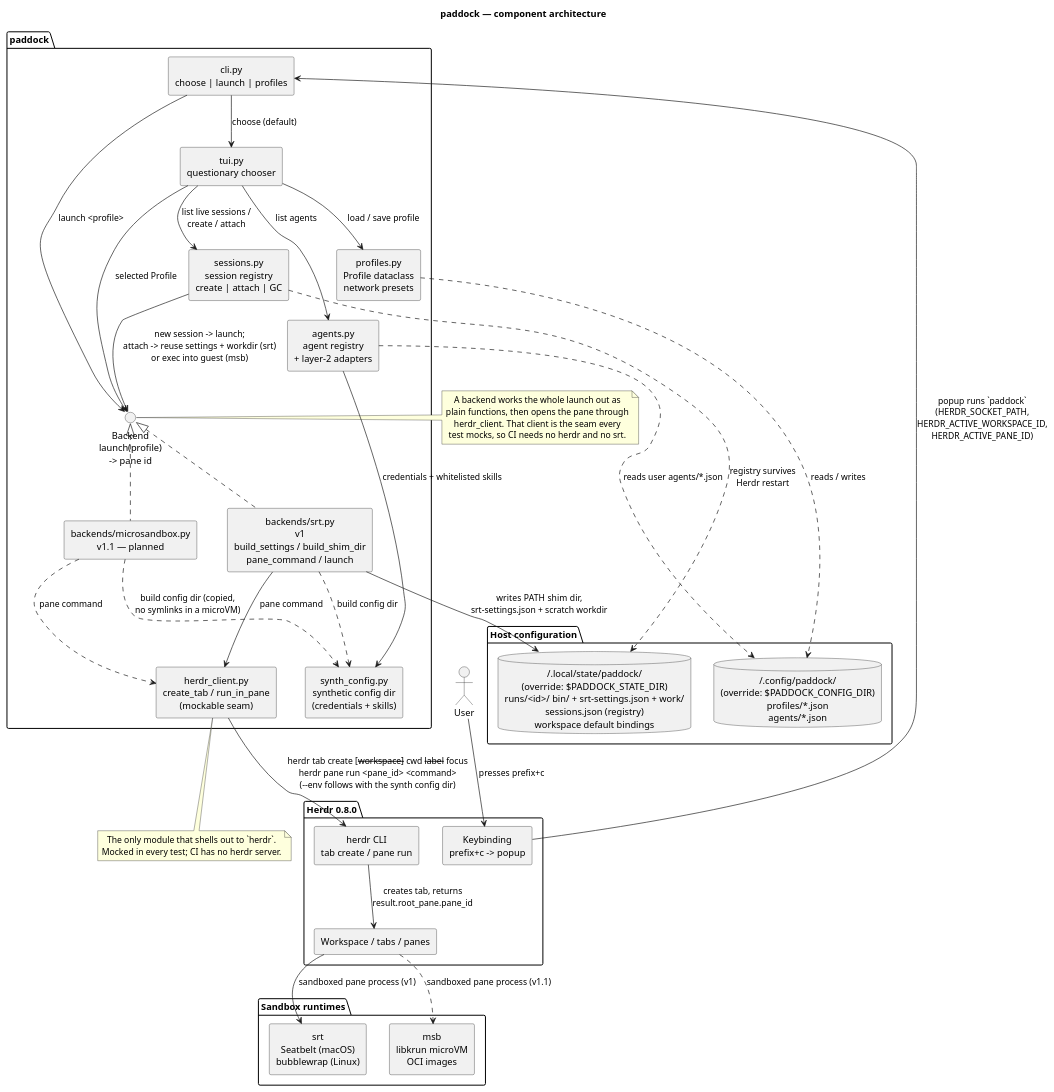
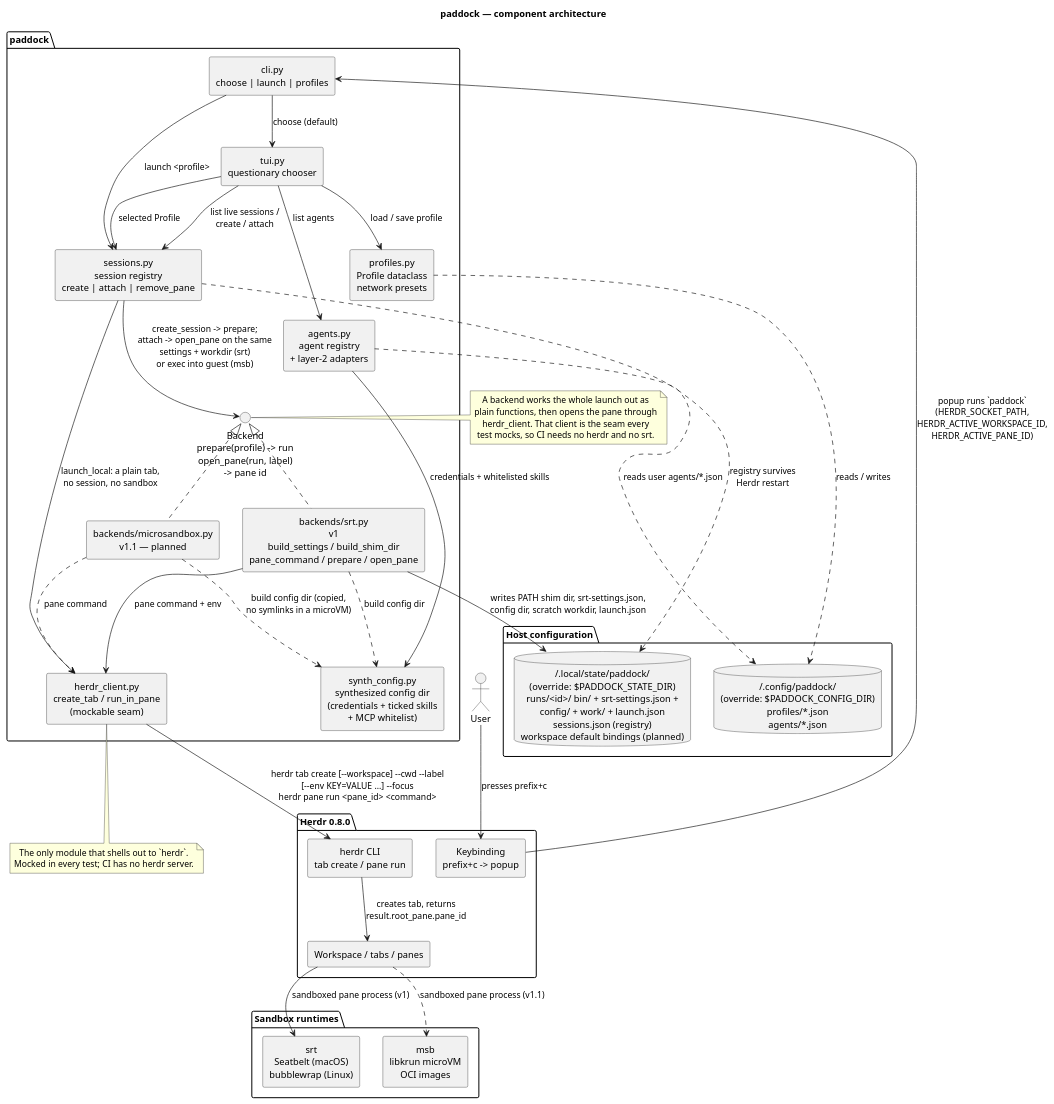
Before and after one commit to paddock-sh/paddock: the diagram in docs/diagrams/architecture.puml, drawn with PlantUML. The commit also changed 12 other files, not shown here.

First line of the commit message:
feat: sandbox sessions and the synthesized config dir

```diff
--- a/docs/diagrams/architecture.puml
+++ b/docs/diagrams/architecture.puml
@@ -1,79 +1,80 @@
 @startuml architecture
 title paddock — component architecture
 
 skinparam componentStyle rectangle
 skinparam shadowing false
 skinparam defaultTextAlignment center
 
 actor User
 
 package "Herdr 0.8.0" {
   [Keybinding\nprefix+c -> popup] as Keybinding
   [herdr CLI\ntab create / pane run] as HerdrCLI
   [Workspace / tabs / panes] as HerdrUI
 }
 
 package "paddock" {
   [cli.py\nchoose | launch | profiles] as CLI
   [tui.py\nquestionary chooser] as TUI
-  [sessions.py\nsession registry\ncreate | attach | GC] as Sessions
+  [sessions.py\nsession registry\ncreate | attach | remove_pane] as Sessions
   [profiles.py\nProfile dataclass\nnetwork presets] as Profiles
   [agents.py\nagent registry\n+ layer-2 adapters] as Agents
-  [synth_config.py\nsynthetic config dir\n(credentials + skills)] as SynthConfig
-  interface "Backend\nlaunch(profile)\n-> pane id" as BackendAPI
-  [backends/srt.py\nv1\nbuild_settings / build_shim_dir\npane_command / launch] as SrtBackend
+  [synth_config.py\nsynthesized config dir\n(credentials + ticked skills\n+ MCP whitelist)] as SynthConfig
+  interface "Backend\nprepare(profile) -> run\nopen_pane(run, label)\n-> pane id" as BackendAPI
+  [backends/srt.py\nv1\nbuild_settings / build_shim_dir\npane_command / prepare / open_pane] as SrtBackend
   [backends/microsandbox.py\nv1.1 — planned] as MsbBackend
   [herdr_client.py\ncreate_tab / run_in_pane\n(mockable seam)] as HerdrClient
 }
 
 package "Host configuration" {
   database "~/.config/paddock/\n(override: $PADDOCK_CONFIG_DIR)\nprofiles/*.json\nagents/*.json" as ConfigFiles
-  database "~/.local/state/paddock/\n(override: $PADDOCK_STATE_DIR)\nruns/<id>/ bin/ + srt-settings.json + work/\nsessions.json (registry)\nworkspace default bindings" as RunDir
+  database "~/.local/state/paddock/\n(override: $PADDOCK_STATE_DIR)\nruns/<id>/ bin/ + srt-settings.json +\nconfig/ + work/ + launch.json\nsessions.json (registry)\nworkspace default bindings (planned)" as RunDir
 }
 
 package "Sandbox runtimes" {
   [srt\nSeatbelt (macOS)\nbubblewrap (Linux)] as Srt
   [msb\nlibkrun microVM\nOCI images] as Msb
 }
 
 User --> Keybinding : presses prefix+c
 Keybinding --> CLI : popup runs `paddock`\n(HERDR_SOCKET_PATH,\nHERDR_ACTIVE_WORKSPACE_ID,\nHERDR_ACTIVE_PANE_ID)
 CLI --> TUI : choose (default)
 TUI --> Profiles : load / save profile
 TUI --> Agents : list agents
 TUI --> Sessions : list live sessions /\ncreate / attach
 Sessions ..> RunDir : registry survives\nHerdr restart
 Profiles ..> ConfigFiles : reads / writes
 Agents ..> ConfigFiles : reads user agents/*.json
 
-TUI --> BackendAPI : selected Profile
-CLI --> BackendAPI : launch <profile>
+TUI --> Sessions : selected Profile
+CLI --> Sessions : launch <profile>
 BackendAPI <|.. SrtBackend
 BackendAPI <|.. MsbBackend
 
-SrtBackend --> RunDir : writes PATH shim dir,\nsrt-settings.json + scratch workdir
-Sessions --> BackendAPI : new session -> launch;\nattach -> reuse settings + workdir (srt)\nor exec into guest (msb)
+SrtBackend --> RunDir : writes PATH shim dir, srt-settings.json,\nconfig dir, scratch workdir, launch.json
+Sessions --> BackendAPI : create_session -> prepare;\nattach -> open_pane on the same\nsettings + workdir (srt)\nor exec into guest (msb)
+Sessions --> HerdrClient : launch_local: a plain tab,\nno session, no sandbox
 SrtBackend ..> SynthConfig : build config dir
 MsbBackend ..> SynthConfig : build config dir (copied,\nno symlinks in a microVM)
 Agents --> SynthConfig : credentials + whitelisted skills
 
-SrtBackend --> HerdrClient : pane command
+SrtBackend --> HerdrClient : pane command + env
 MsbBackend ..> HerdrClient : pane command
-HerdrClient --> HerdrCLI : herdr tab create [--workspace] --cwd --label --focus\nherdr pane run <pane_id> <command>\n(--env follows with the synth config dir)
+HerdrClient --> HerdrCLI : herdr tab create [~--workspace] ~--cwd ~--label\n[~--env KEY=VALUE ...] ~--focus\nherdr pane run <pane_id> <command>
 HerdrCLI --> HerdrUI : creates tab, returns\nresult.root_pane.pane_id
 HerdrUI --> Srt : sandboxed pane process (v1)
 HerdrUI ..> Msb : sandboxed pane process (v1.1)
 
 note right of BackendAPI
   A backend works the whole launch out as
   plain functions, then opens the pane through
   herdr_client. That client is the seam every
   test mocks, so CI needs no herdr and no srt.
 end note
 
 note bottom of HerdrClient
   The only module that shells out to `herdr`.
   Mocked in every test; CI has no herdr server.
 end note
 
 @enduml
```
